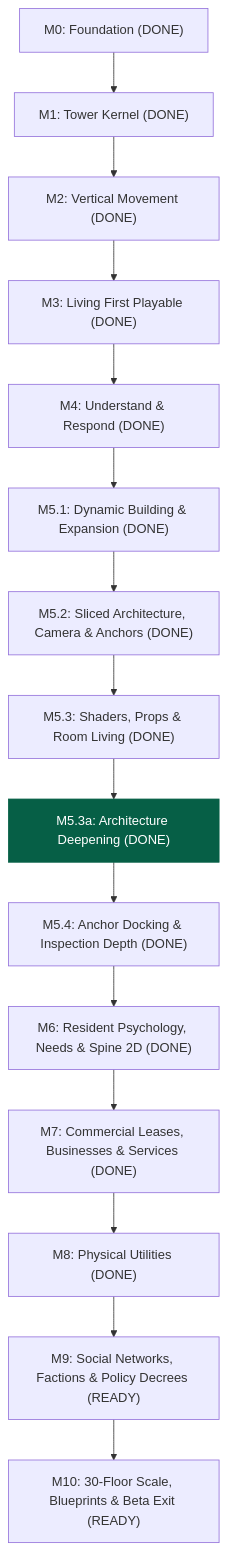
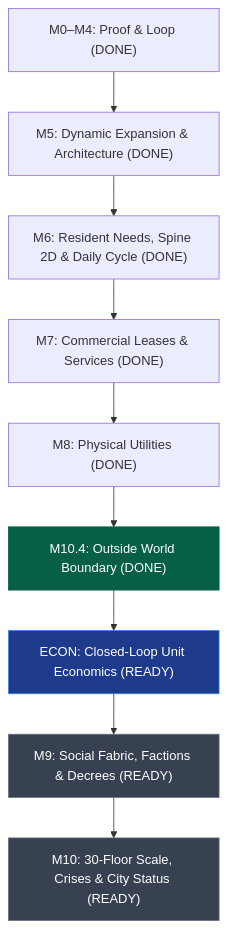
The diagram in Planning/ROADMAP.md (Gijsja/one-roof), drawn with Mermaid before and after one commit. The commit also changed other lines of this file and 143 other files, not shown here.

First line of the commit message:
feat(workspace): refresh steward ui shell, outside boundary, docs, and north star plan

````diff
--- a/Planning/ROADMAP.md
+++ b/Planning/ROADMAP.md
@@ -17,18 +21,15 @@
 ```mermaid
 graph TD
-    M0["M0: Foundation (DONE)"] --> M1["M1: Tower Kernel (DONE)"]
-    M1 --> M2["M2: Vertical Movement (DONE)"]
-    M2 --> M3["M3: Living First Playable (DONE)"]
-    M3 --> M4["M4: Understand & Respond (DONE)"]
-    M4 --> M51["M5.1: Dynamic Building & Expansion (DONE)"]
-    M51 --> M52["M5.2: Sliced Architecture, Camera & Anchors (DONE)"]
-    M52 --> M53["M5.3: Shaders, Props & Room Living (DONE)"]
-    M53 --> M53a["M5.3a: Architecture Deepening (DONE)"]
-    M53a --> M54["M5.4: Anchor Docking & Inspection Depth (DONE)"]
-    M54 --> M6["M6: Resident Psychology, Needs & Spine 2D (DONE)"]
-    M6 --> M7["M7: Commercial Leases, Businesses & Services (DONE)"]
+    M0["M0–M4: Proof & Loop (DONE)"] --> M5["M5: Dynamic Expansion & Architecture (DONE)"]
+    M5 --> M6["M6: Resident Needs, Spine 2D & Daily Cycle (DONE)"]
+    M6 --> M7["M7: Commercial Leases & Services (DONE)"]
     M7 --> M8["M8: Physical Utilities (DONE)"]
-    M8 --> M9["M9: Social Networks, Factions & Policy Decrees (READY)"]
-    M9 --> M10["M10: 30-Floor Scale, Blueprints & Beta Exit (READY)"]
-    style M53a fill:#065f46,color:#fff,stroke:#065f46
+    M8 --> M104["M10.4: Outside World Boundary (DONE)"]
+    M104 --> ECON["ECON: Closed-Loop Unit Economics (READY)"]
+    ECON --> M9["M9: Social Fabric, Factions & Decrees (READY)"]
+    M9 --> M10["M10: 30-Floor Scale, Crises & City Status (READY)"]
+    style M104 fill:#065f46,color:#fff,stroke:#065f46
+    style ECON fill:#1e3a8a,color:#fff,stroke:#3b82f6
+    style M9 fill:#374151,color:#fff,stroke:#6b7280
+    style M10 fill:#374151,color:#fff,stroke:#6b7280
 ```
````
